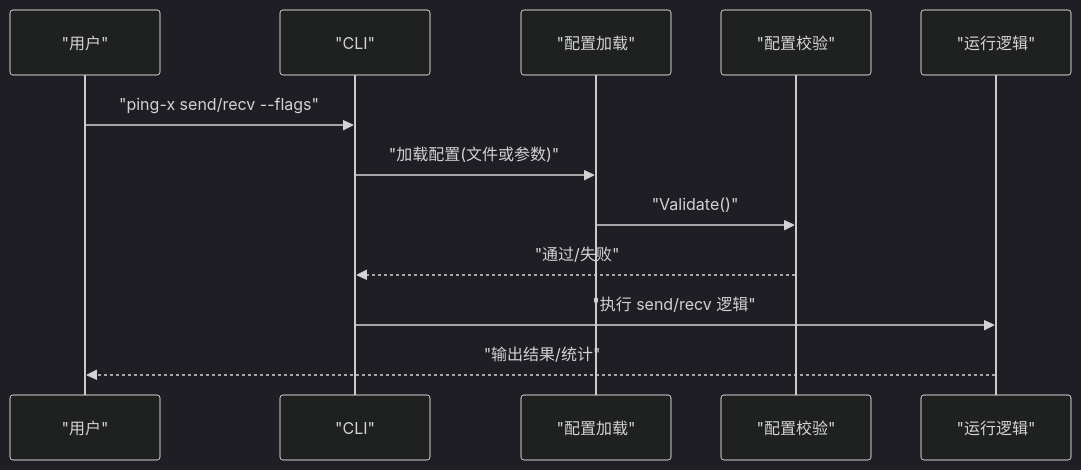
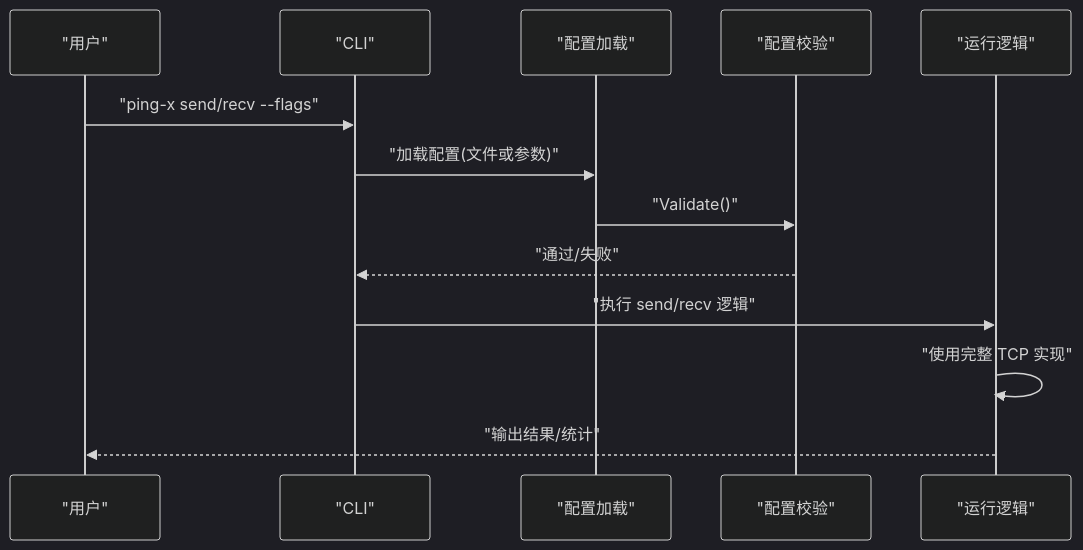
Before and after one commit to yanzhen74/ping-x: the sixth of 8 diagrams in .qoder/repowiki/zh/content/网络协议支持/TCP 协议测试.md, drawn with Mermaid (dark theme). The commit also changed other lines of this file and 16 other files, not shown here.

````diff
--- a/.qoder/repowiki/zh/content/网络协议支持/TCP 协议测试.md
+++ b/.qoder/repowiki/zh/content/网络协议支持/TCP 协议测试.md
@@ -282,14 +316,15 @@
 ```mermaid
 sequenceDiagram
 participant U as "用户"
 participant CLI as "CLI"
 participant CFG as "配置加载"
 participant VAL as "配置校验"
 participant RUN as "运行逻辑"
 U->>CLI : "ping-x send/recv --flags"
 CLI->>CFG : "加载配置(文件或参数)"
 CFG->>VAL : "Validate()"
 VAL-->>CLI : "通过/失败"
 CLI->>RUN : "执行 send/recv 逻辑"
+RUN->>RUN : "使用完整 TCP 实现"
 RUN-->>U : "输出结果/统计"
 ```
````
